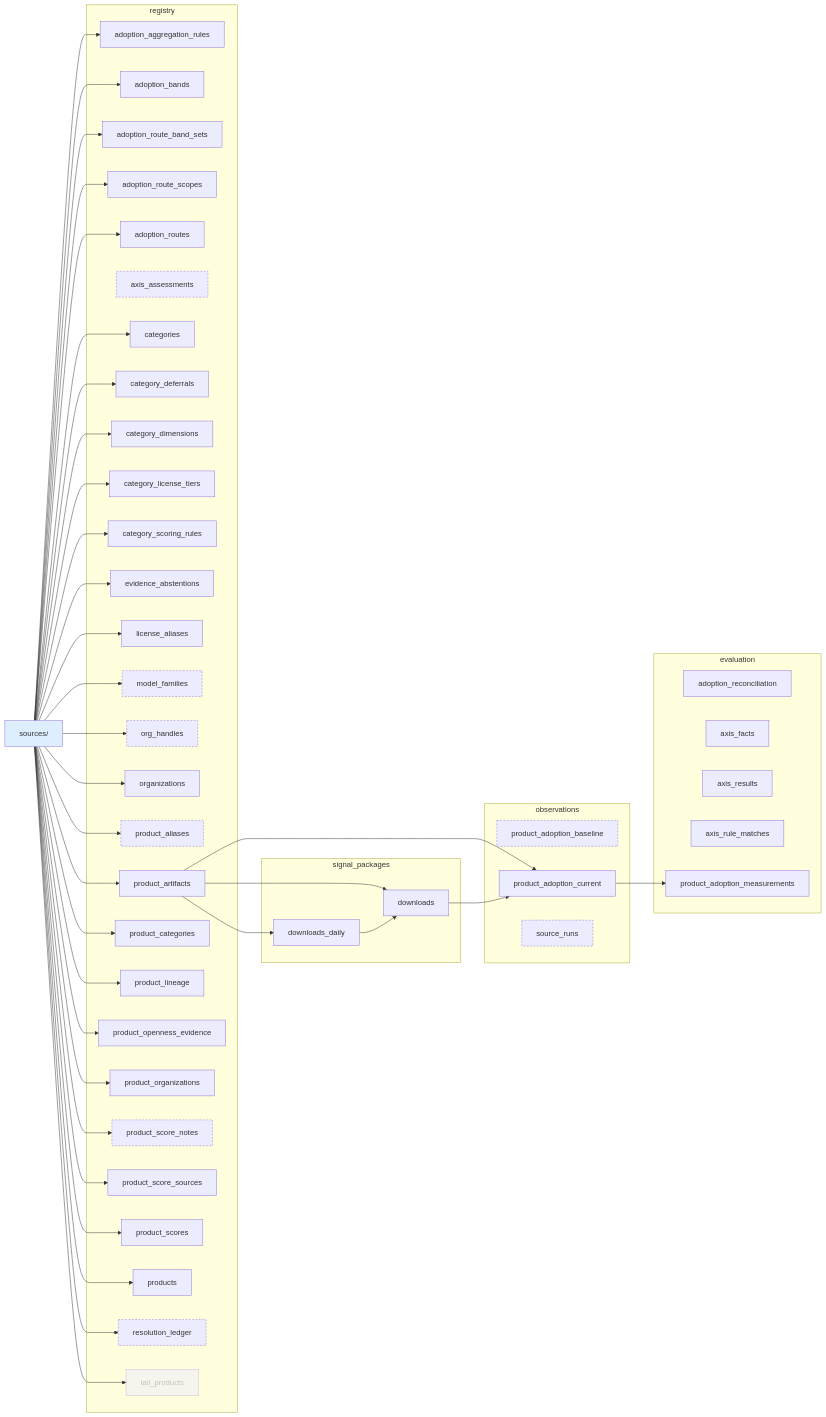
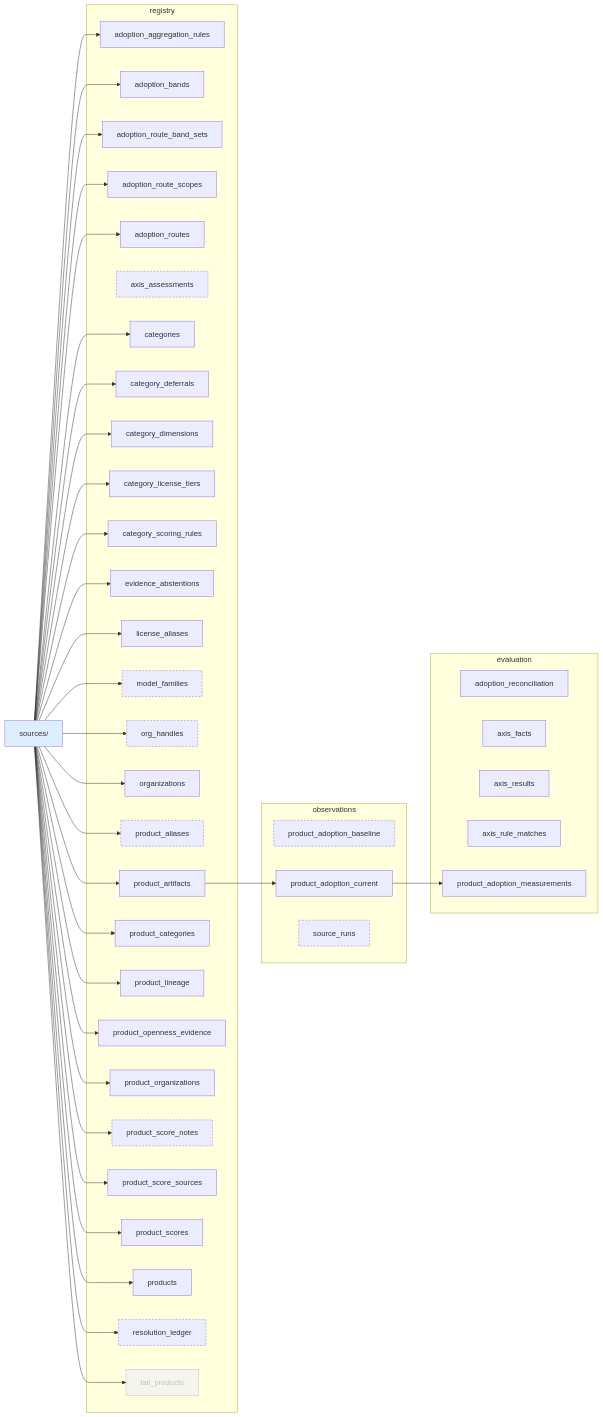
The first of 3 diagrams in docs/architecture/current-state-dag.md (currentai-org/os-ai-map), drawn with Mermaid before and after one commit. The commit also changed other lines of this file and 11 other files, not shown here.

```diff
--- a/docs/architecture/current-state-dag.md
+++ b/docs/architecture/current-state-dag.md
@@ -45,10 +45,6 @@
     registry__resolution_ledger[resolution_ledger]
     registry__tail_products[tail_products]
   end
-  subgraph signal_packages
-    signal_packages__downloads[downloads]
-    signal_packages__downloads_daily[downloads_daily]
-  end
   SRC --> registry__adoption_aggregation_rules
   SRC --> registry__adoption_bands
   SRC --> registry__adoption_route_band_sets
@@ -78,10 +74,6 @@
   SRC --> registry__tail_products
   observations__product_adoption_current --> evaluation__product_adoption_measurements
   registry__product_artifacts --> observations__product_adoption_current
-  registry__product_artifacts --> signal_packages__downloads
-  registry__product_artifacts --> signal_packages__downloads_daily
-  signal_packages__downloads --> observations__product_adoption_current
-  signal_packages__downloads_daily --> signal_packages__downloads
   class observations__product_adoption_baseline staged;
   class observations__source_runs staged;
   class registry__axis_assessments staged;
```
